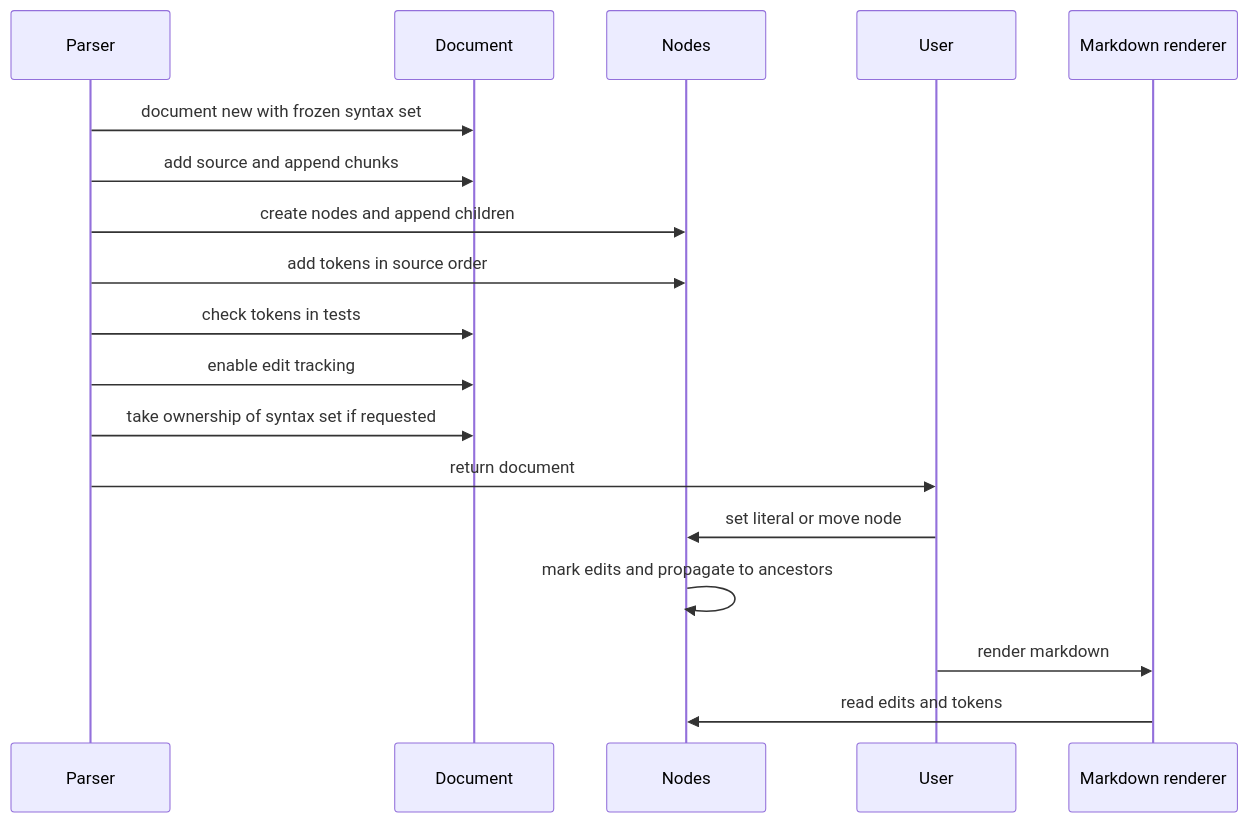
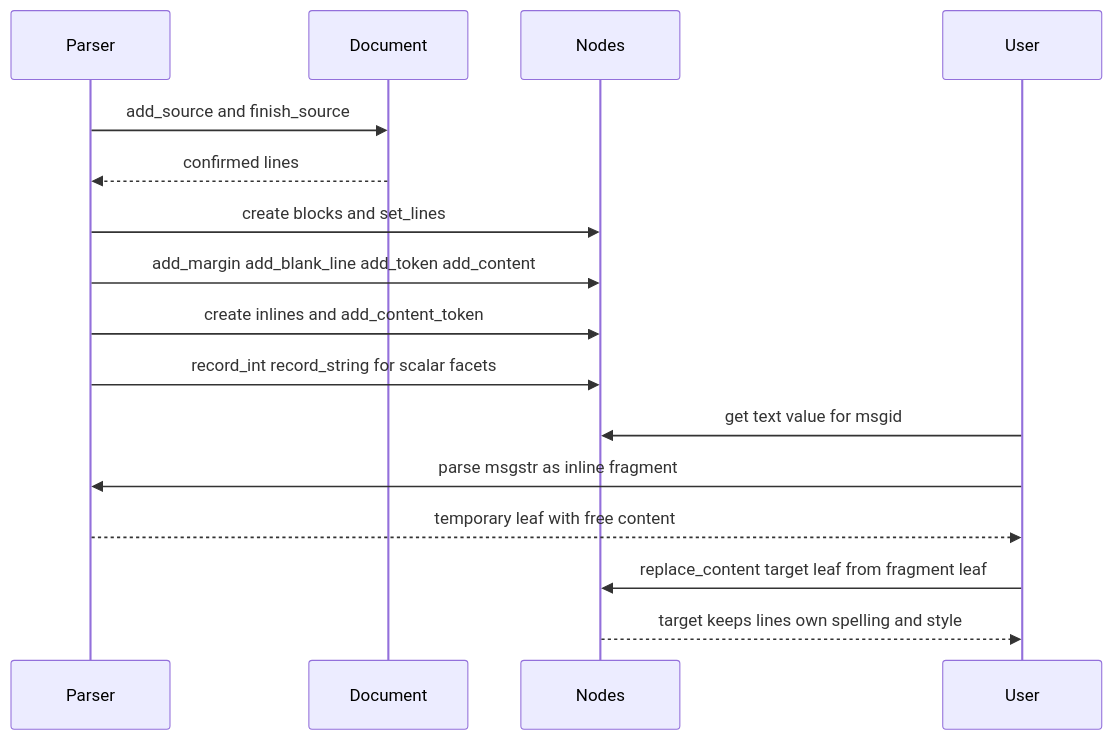
One commit to ktdevx/amark-private2 changed the second of 4 diagrams in .kiro/specs/syntax-tree/design.md. Above: the diagram before and after it, drawn with Mermaid. The commit also changed other lines of this file and 3 other files, not shown here.

````diff
--- a/.kiro/specs/syntax-tree/design.md
+++ b/.kiro/specs/syntax-tree/design.md
@@ -201,20 +213,18 @@
 ```mermaid
 sequenceDiagram
     participant P as Parser
     participant D as Document
     participant N as Nodes
     participant U as User
-    participant R as Markdown renderer
-    P->>D: document new with frozen syntax set
-    P->>D: add source and append chunks
-    P->>N: create nodes and append children
-    P->>N: add tokens in source order
-    P->>D: check tokens in tests
-    P->>D: enable edit tracking
-    P->>D: take ownership of syntax set if requested
-    P->>U: return document
-    U->>N: set literal or move node
-    N->>N: mark edits and propagate to ancestors
-    U->>R: render markdown
-    R->>N: read edits and tokens
+    P->>D: add_source and finish_source
+    D-->>P: confirmed lines
+    P->>N: create blocks and set_lines
+    P->>N: add_margin add_blank_line add_token add_content
+    P->>N: create inlines and add_content_token
+    P->>N: record_int record_string for scalar facets
+    U->>N: get text value for msgid
+    U->>P: parse msgstr as inline fragment
+    P-->>U: temporary leaf with free content
+    U->>N: replace_content target leaf from fragment leaf
+    N-->>U: target keeps lines own spelling and style
 ```
````
